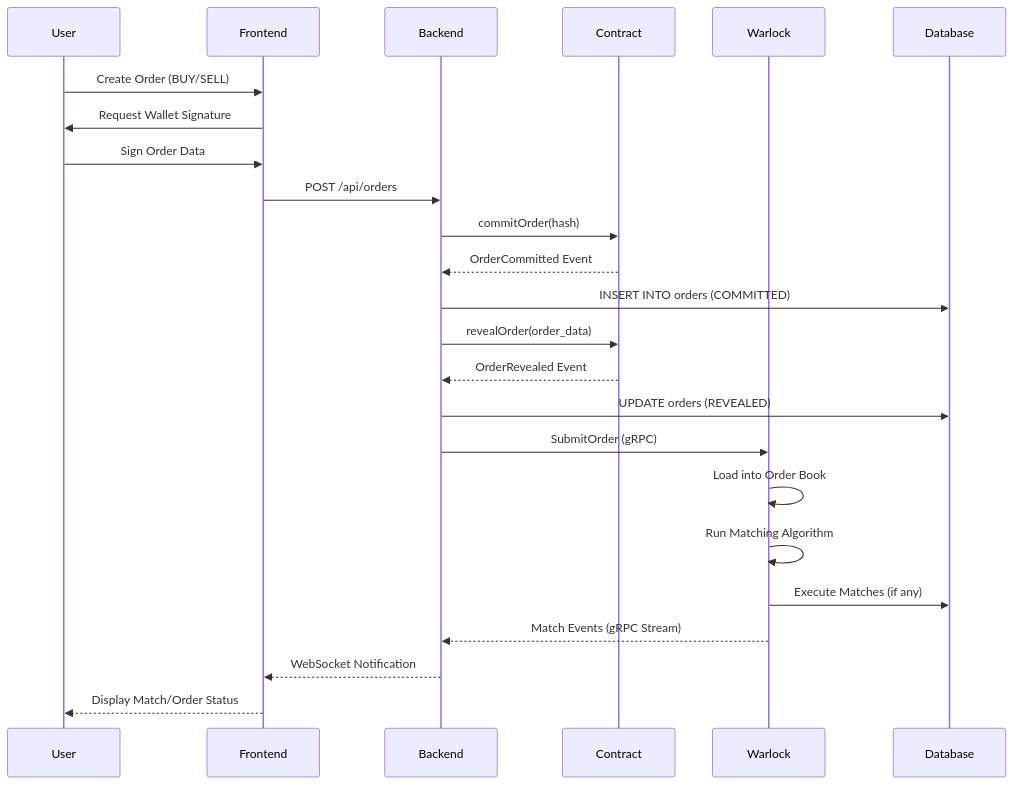
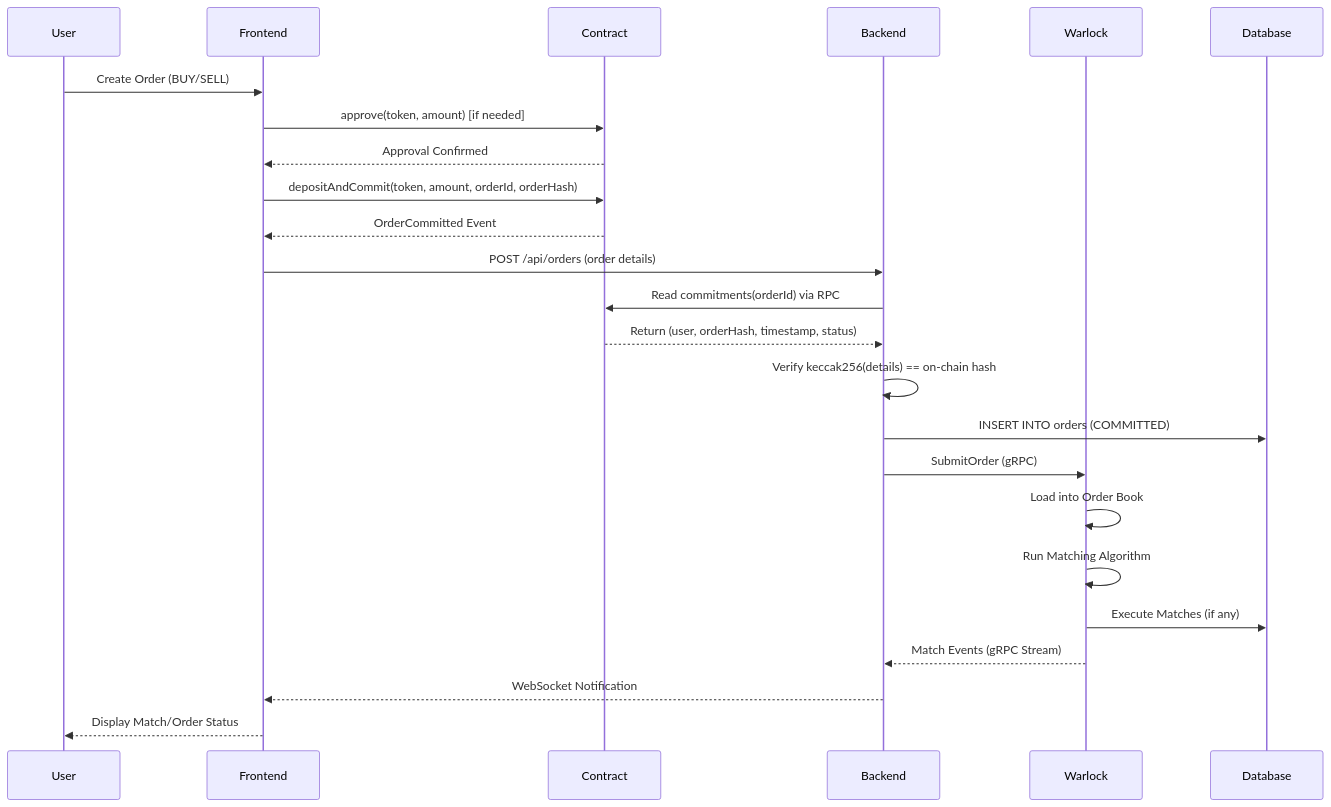
The second of 4 diagrams in architecture.MD (0xjackson/Dark-Pool), drawn with Mermaid before and after one commit. The commit also changed other lines of this file, not shown here.

Commit message:
Update architecture.MD diagrams for signature removal

````diff
--- a/architecture.MD
+++ b/architecture.MD
@@ -95,32 +95,33 @@
 ```mermaid
 sequenceDiagram
     participant User
     participant Frontend
+    participant Contract
     participant Backend
-    participant Contract
     participant Warlock
     participant Database
 
     User->>Frontend: Create Order (BUY/SELL)
-    Frontend->>User: Request Wallet Signature
-    User->>Frontend: Sign Order Data
+    Frontend->>Contract: approve(token, amount) [if needed]
+    Contract-->>Frontend: Approval Confirmed
 
-    Frontend->>Backend: POST /api/orders
-    Backend->>Contract: commitOrder(hash)
-    Contract-->>Backend: OrderCommitted Event
+    Frontend->>Contract: depositAndCommit(token, amount, orderId, orderHash)
+    Contract-->>Frontend: OrderCommitted Event
+
+    Frontend->>Backend: POST /api/orders (order details)
+    Backend->>Contract: Read commitments(orderId) via RPC
+    Contract-->>Backend: Return (user, orderHash, timestamp, status)
+
+    Backend->>Backend: Verify keccak256(details) == on-chain hash
 
     Backend->>Database: INSERT INTO orders (COMMITTED)
-    Backend->>Contract: revealOrder(order_data)
-    Contract-->>Backend: OrderRevealed Event
-
-    Backend->>Database: UPDATE orders (REVEALED)
     Backend->>Warlock: SubmitOrder (gRPC)
 
     Warlock->>Warlock: Load into Order Book
     Warlock->>Warlock: Run Matching Algorithm
     Warlock->>Database: Execute Matches (if any)
     Warlock-->>Backend: Match Events (gRPC Stream)
 
     Backend-->>Frontend: WebSocket Notification
     Frontend-->>User: Display Match/Order Status
 ```
````
